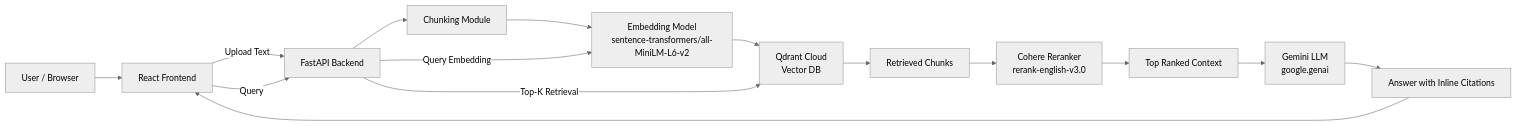
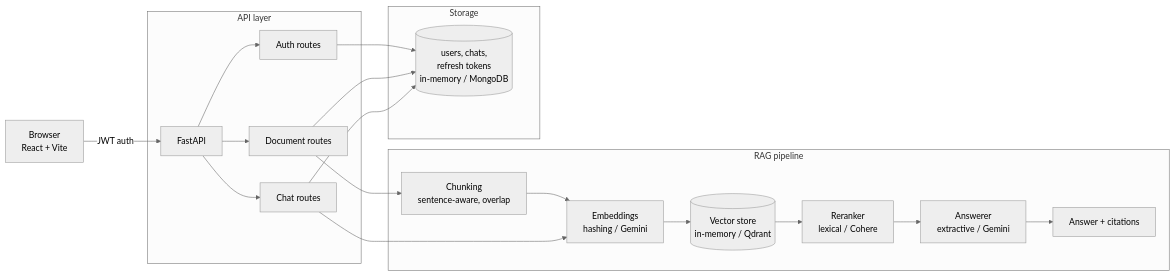
One commit to 711GHOST/Assessment_Track_B changed the diagram in README.md. Above: the diagram before and after it, drawn with Mermaid (neutral theme). The commit also changed other lines of this file and 87 other files, not shown here.

````diff
--- a/README.md
+++ b/README.md
@@ -25,27 +58,26 @@
 ```mermaid
 flowchart LR
-    A[User / Browser] --> B[React Frontend]
+    U[Browser<br/>React + Vite] -->|JWT auth| A[FastAPI]
 
-    B -->|Upload Text| C[FastAPI Backend]
-    B -->|Query| C
+    subgraph API layer
+        A --> AU[Auth routes]
+        A --> DO[Document routes]
+        A --> CH[Chat routes]
+    end
 
-    C --> D[Chunking Module]
-    D --> E[Embedding Model<br/>sentence-transformers/all-MiniLM-L6-v2]
+    subgraph RAG pipeline
+        DO --> C[Chunking<br/>sentence-aware, overlap]
+        C --> E[Embeddings<br/>hashing / Gemini]
+        E --> V[(Vector store<br/>in-memory / Qdrant)]
+        CH --> E
+        V --> R[Reranker<br/>lexical / Cohere]
+        R --> L[Answerer<br/>extractive / Gemini]
+        L --> CIT[Answer + citations]
+    end
 
-    E --> F[Qdrant Cloud<br/>Vector DB]
-
-    C -->|Query Embedding| E
-    C -->|Top-K Retrieval| F
-
-    F --> G[Retrieved Chunks]
-
-    G --> H[Cohere Reranker<br/>rerank-english-v3.0]
-
-    H --> I[Top Ranked Context]
-
-    I --> J[Gemini LLM<br/>google.genai]
-
-    J --> K[Answer with Inline Citations]
-
-    K --> B
+    subgraph Storage
+        AU --> DB[(users, chats,<br/>refresh tokens<br/>in-memory / MongoDB)]
+        DO --> DB
+        CH --> DB
+    end
 ```
````
